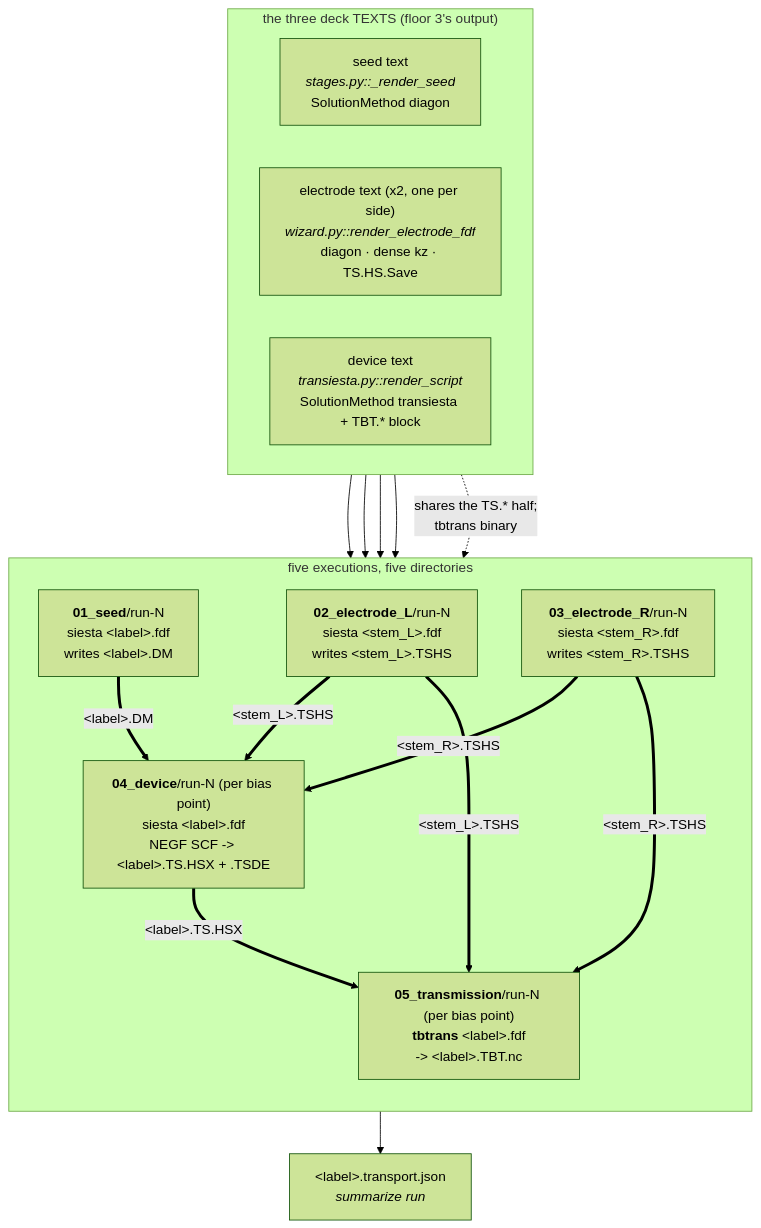
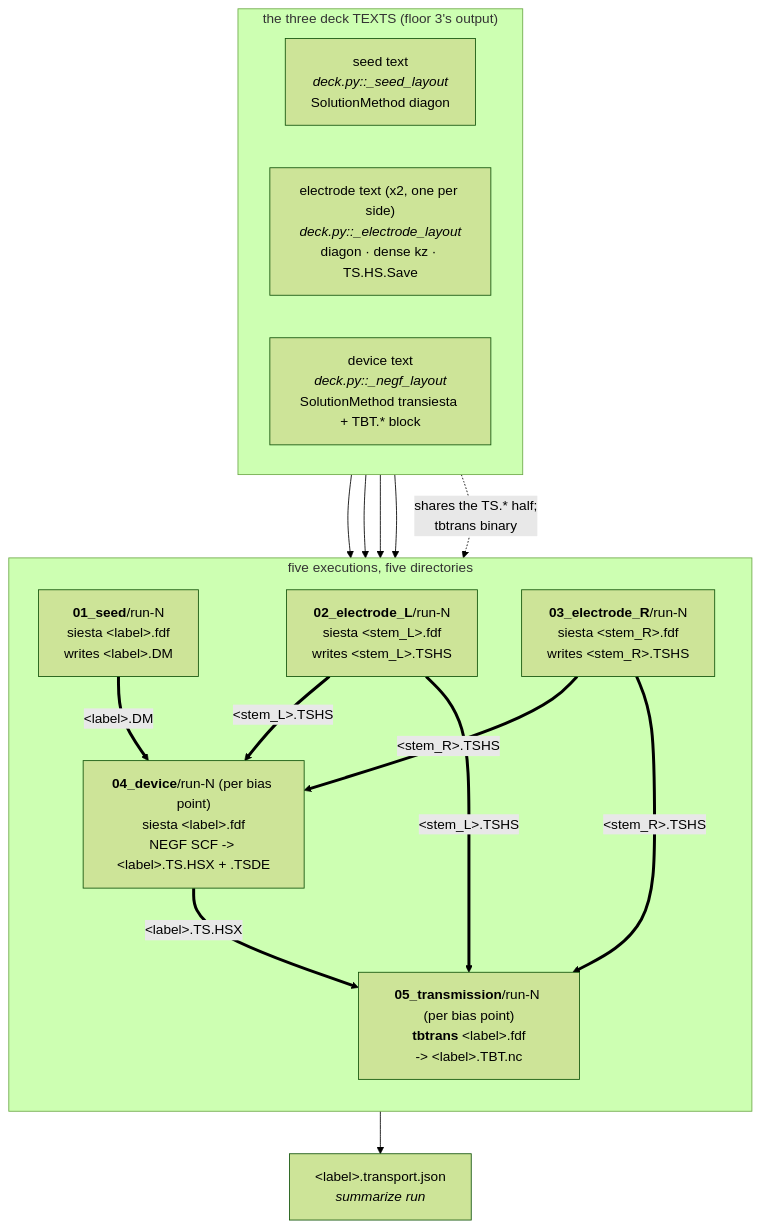
The tenth of 10 diagrams in docs/engines/transport.md (Qing-LAB/molbuilder), drawn with Mermaid (forest theme) before and after one commit. The commit also changed other lines of this file and 2 other files, not shown here.

First line of the commit message:
docs: the citation marker's one home stated the rule 2a.7 reversed

````diff
--- a/docs/engines/transport.md
+++ b/docs/engines/transport.md
@@ -1877,32 +1878,32 @@
 ```mermaid
 flowchart TB
     subgraph TXT["the three deck TEXTS (floor 3's output)"]
       direction LR
-      T1["seed text<br/><i>stages.py::_render_seed</i><br/>SolutionMethod diagon"]
-      T2["electrode text (x2, one per side)<br/><i>wizard.py::render_electrode_fdf</i><br/>diagon · dense kz · TS.HS.Save"]
-      T3["device text<br/><i>transiesta.py::render_script</i><br/>SolutionMethod transiesta + TBT.* block"]
+      T1["seed text<br/><i>deck.py::_seed_layout</i><br/>SolutionMethod diagon"]
+      T2["electrode text (x2, one per side)<br/><i>deck.py::_electrode_layout</i><br/>diagon · dense kz · TS.HS.Save"]
+      T3["device text<br/><i>deck.py::_negf_layout</i><br/>SolutionMethod transiesta + TBT.* block"]
     end
 
     T1 --> S1
     T2 --> S2
     T2 --> S3
     T3 --> S4
     T3 -.->|"shares the TS.* half;<br/>tbtrans binary"| S5
 
     subgraph RUN["five executions, five directories"]
       direction TB
       S1["<b>01_seed</b>/run-N<br/>siesta &lt;label&gt;.fdf<br/>writes &lt;label&gt;.DM"]
       S2["<b>02_electrode_L</b>/run-N<br/>siesta &lt;stem_L&gt;.fdf<br/>writes &lt;stem_L&gt;.TSHS"]
       S3["<b>03_electrode_R</b>/run-N<br/>siesta &lt;stem_R&gt;.fdf<br/>writes &lt;stem_R&gt;.TSHS"]
       S4["<b>04_device</b>/run-N (per bias point)<br/>siesta &lt;label&gt;.fdf<br/>NEGF SCF -> &lt;label&gt;.TS.HSX + .TSDE"]
       S5["<b>05_transmission</b>/run-N (per bias point)<br/><b>tbtrans</b> &lt;label&gt;.fdf<br/>-> &lt;label&gt;.TBT.nc"]
     end
 
     S1 ==>|"&lt;label&gt;.DM"| S4
     S2 ==>|"&lt;stem_L&gt;.TSHS"| S4
     S3 ==>|"&lt;stem_R&gt;.TSHS"| S4
     S2 ==>|"&lt;stem_L&gt;.TSHS"| S5
     S3 ==>|"&lt;stem_R&gt;.TSHS"| S5
     S4 ==>|"&lt;label&gt;.TS.HSX"| S5
     S5 --> REC["&lt;label&gt;.transport.json<br/><i>summarize run</i>"]
 ```
````
